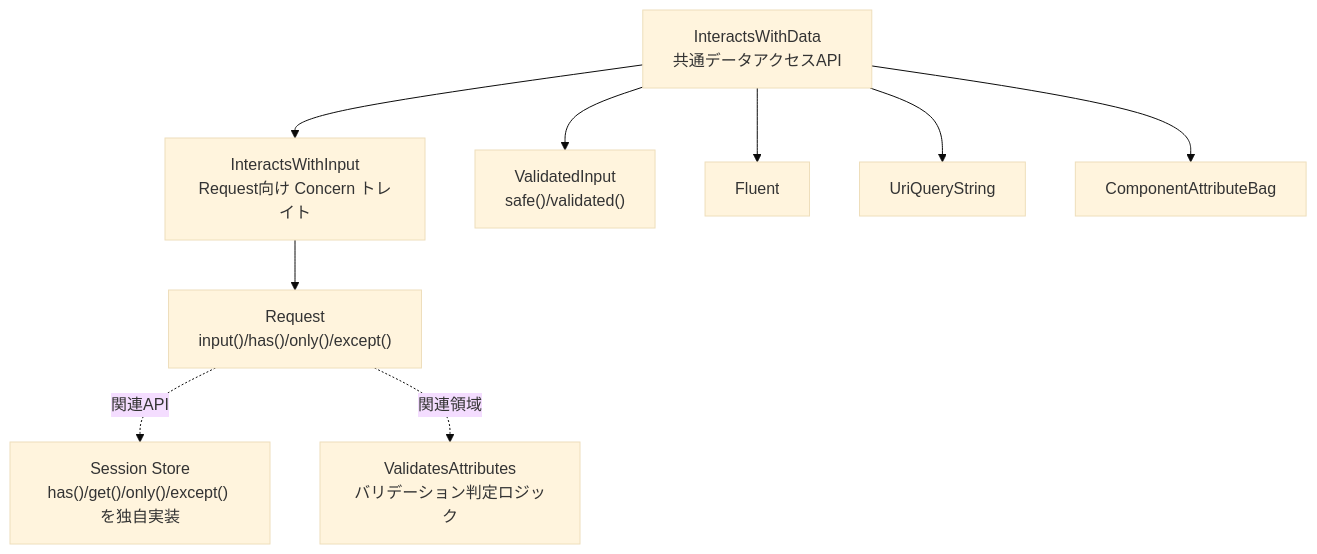
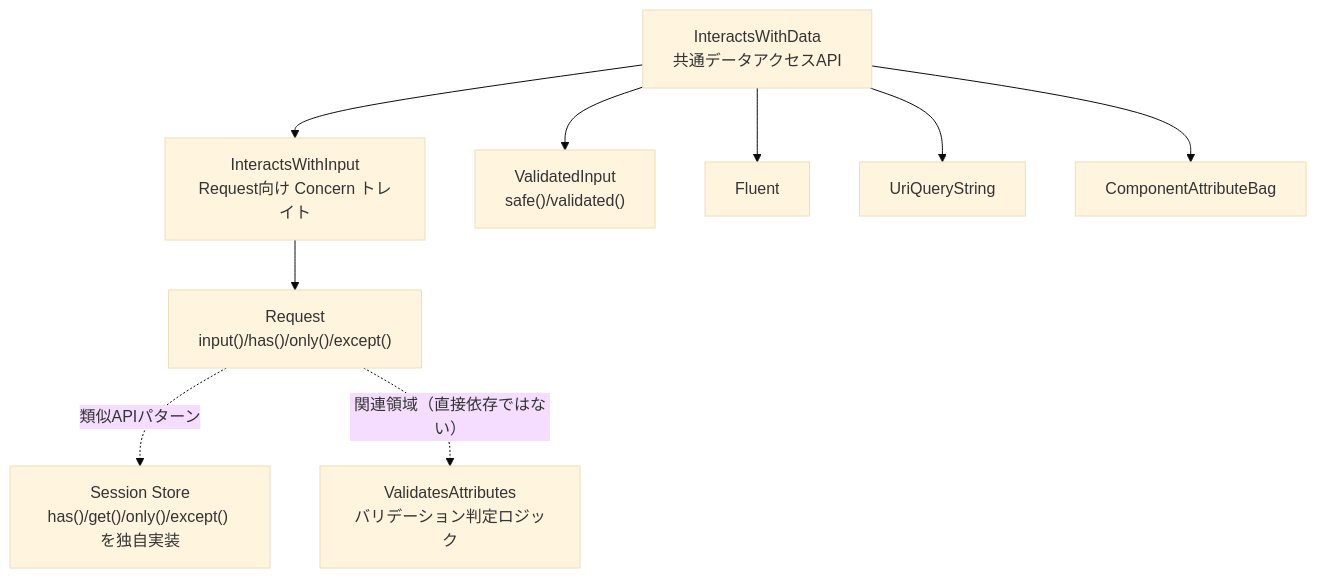
The diagram in jp/advanced/interacts-with-data.mdx (kawax/mintlify-docs), drawn with Mermaid (base theme) before and after one commit. The commit also changed other lines of this file, not shown here.

Commit message:
Clarify conceptual links in InteractsWithData diagram
Agent-Logs-Url: https://github.com/kawax/mintlify-docs/sessions/b1f8f32f-e5ad-4e55-a305-86a744ba6b5d

````diff
--- a/jp/advanced/interacts-with-data.mdx
+++ b/jp/advanced/interacts-with-data.mdx
@@ -59,11 +59,11 @@
 ```mermaid
 flowchart TD
     IWD["InteractsWithData<br>共通データアクセスAPI"] --> IWI["InteractsWithInput<br>Request向け Concern トレイト"]
     IWI --> REQ["Request<br>input()/has()/only()/except()"]
     IWD --> VIN["ValidatedInput<br>safe()/validated()"]
     IWD --> FLU["Fluent"]
     IWD --> UQS["UriQueryString"]
     IWD --> CAB["ComponentAttributeBag"]
-    REQ -.関連API.-> SES["Session Store<br>has()/get()/only()/except() を独自実装"]
-    REQ -.関連領域.-> VAL["ValidatesAttributes<br>バリデーション判定ロジック"]
+    REQ -.類似APIパターン.-> SES["Session Store<br>has()/get()/only()/except() を独自実装"]
+    REQ -.関連領域（直接依存ではない）.-> VAL["ValidatesAttributes<br>バリデーション判定ロジック"]
 ```
````
